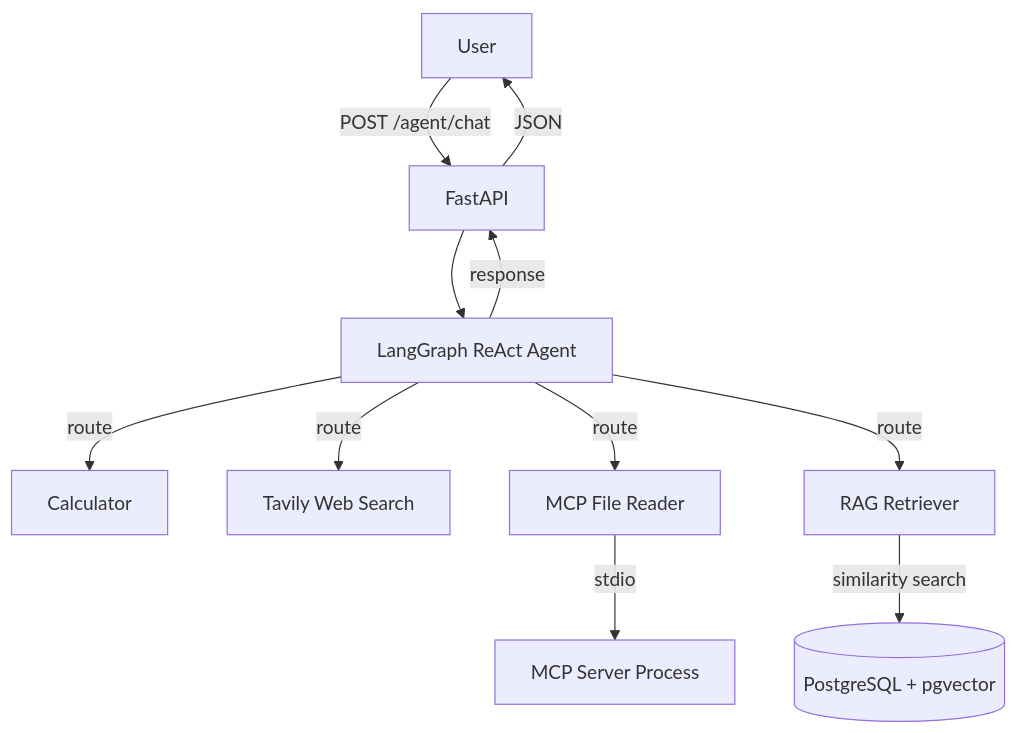
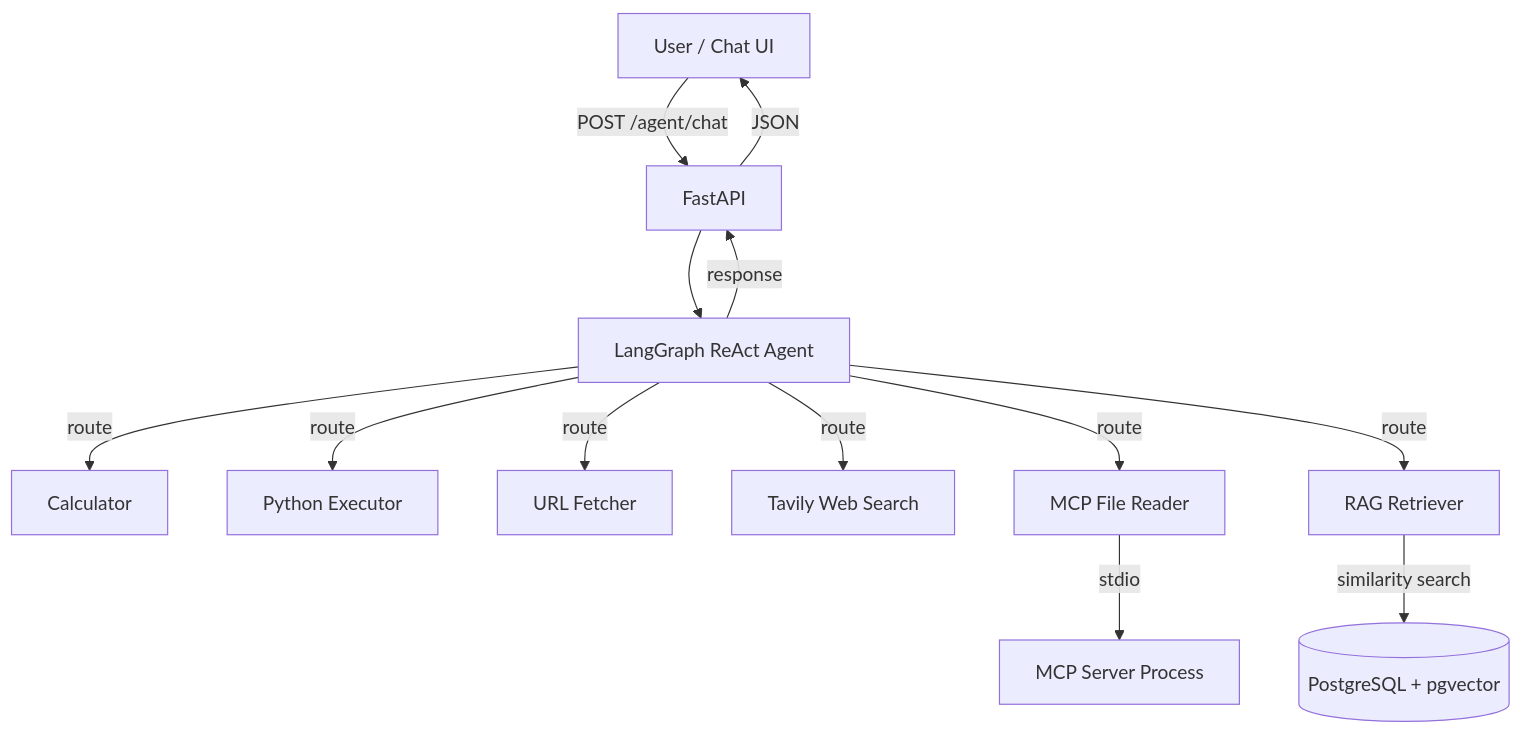
One commit to itsmoihemanth/agent-mcp changed the diagram in README.md. Above: the diagram before and after it, drawn with Mermaid. The commit also changed other lines of this file, not shown here.

Commit message:
update README with all tools, chat UI, and LLM gateway docs

````diff
--- a/README.md
+++ b/README.md
@@ -15,13 +15,15 @@
 ```mermaid
 graph TD
-    User["User"] -->|"POST /agent/chat"| FastAPI["FastAPI"]
+    User["User / Chat UI"] -->|"POST /agent/chat"| FastAPI["FastAPI"]
     FastAPI --> LangGraph["LangGraph ReAct Agent"]
     LangGraph -->|route| Calculator["Calculator"]
+    LangGraph -->|route| PythonExec["Python Executor"]
+    LangGraph -->|route| URLFetch["URL Fetcher"]
     LangGraph -->|route| WebSearch["Tavily Web Search"]
     LangGraph -->|route| FileReader["MCP File Reader"]
     LangGraph -->|route| RAG["RAG Retriever"]
     FileReader -->|stdio| MCPServer["MCP Server Process"]
     RAG -->|similarity search| pgvector[("PostgreSQL + pgvector")]
     LangGraph -->|response| FastAPI
     FastAPI -->|JSON| User
 ```
````
